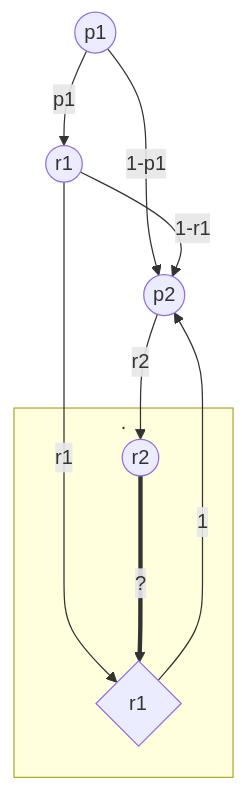
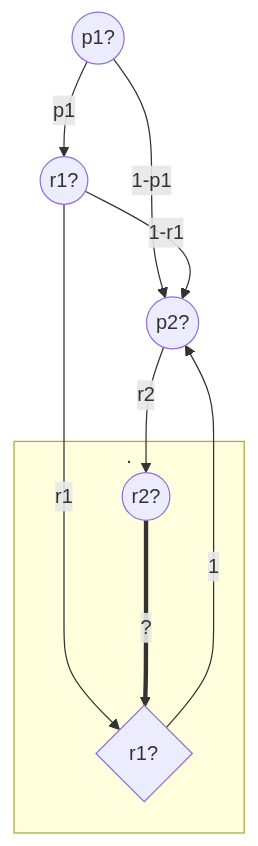
Before and after one commit to bfeitknecht/vault: the second of 5 diagrams in vault/sem2/AuW/UE/cx/bf/cx07-bf.md, drawn with Mermaid. The commit also changed other lines of this file, not shown here.

````diff
--- a/vault/sem2/AuW/UE/cx/bf/cx07-bf.md
+++ b/vault/sem2/AuW/UE/cx/bf/cx07-bf.md
@@ -35,20 +35,20 @@
 ```mermaid
 flowchart TD
 
-id1((p1))
-id2((p2))
-id3((r1))
-id4{r1}
-id5((r2))
+id1((p1?))
+id2((p2?))
+id3((r1?))
+id4{r1?}
+id5((r2?))
 
 id1-->|"1-p1"|id2
 id1-->|"p1"|id3
 id3-->|"r1"|id4
 id3-->|"1-r1"|id2
 id4-->|"1"|id2
 id2-->|"r2"|id5
 
 subgraph .
 	id5===>|"?"|id4
 end
 ```
````
